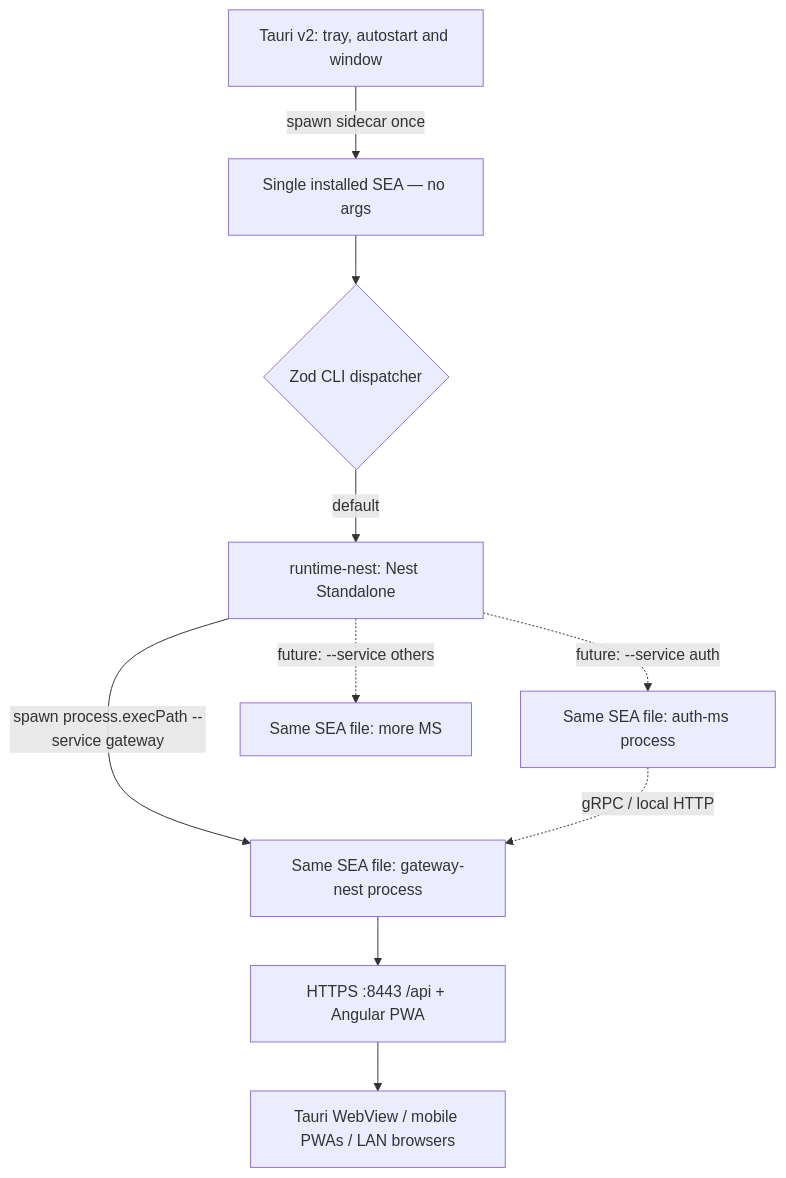
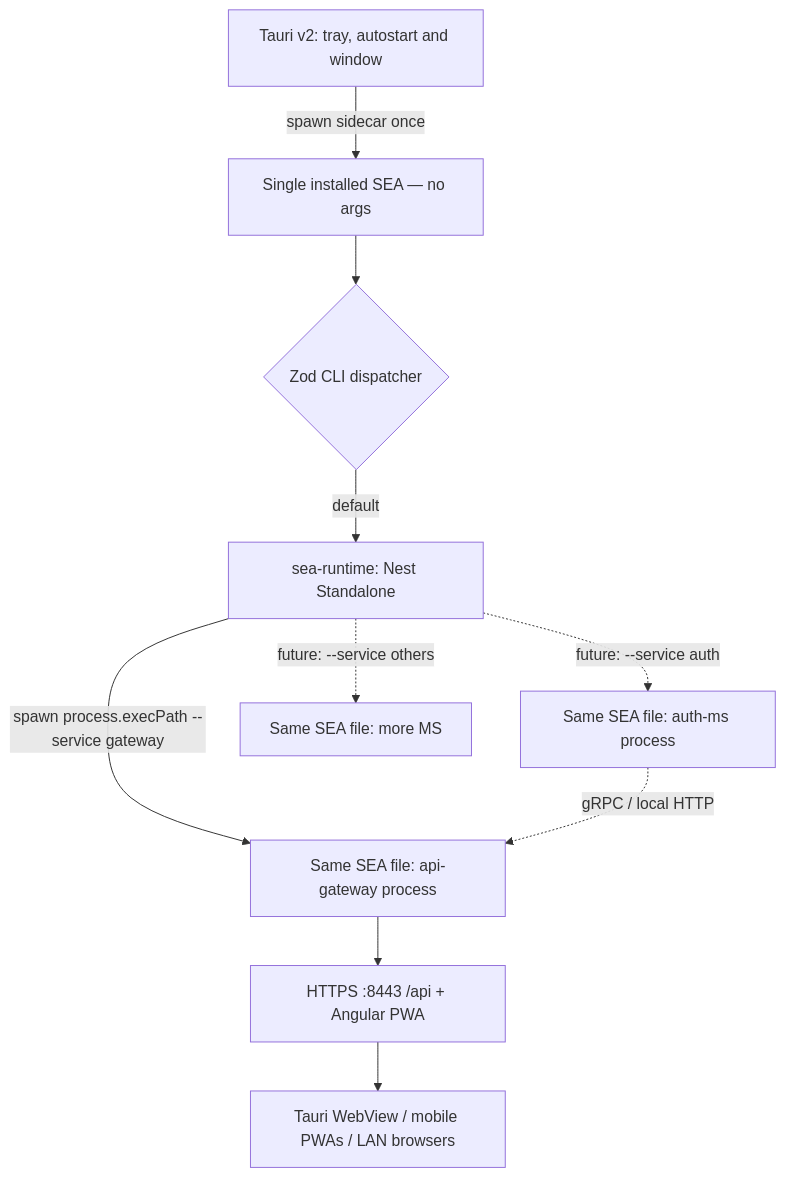
Before and after one commit to virgenherrera/lan-solution-template: the second of 4 diagrams in docs/requirements/09-desktop-tauri.md, drawn with Mermaid. The commit also changed other lines of this file and 59 other files, not shown here.

Commit message:
feat: POC-1 monorepo, Nest apps and one SEA sidecar (1a to 1c) (#4)

````diff
--- a/docs/requirements/09-desktop-tauri.md
+++ b/docs/requirements/09-desktop-tauri.md
@@ -96,12 +96,12 @@
 ```mermaid
 flowchart TB
     T["Tauri v2: tray, autostart and window"] -->|spawn sidecar once| L["Single installed SEA — no args"]
     L --> D{"Zod CLI dispatcher"}
-    D -->|default| R["runtime-nest: Nest Standalone"]
-    R -->|spawn process.execPath --service gateway| GW["Same SEA file: gateway-nest process"]
+    D -->|default| R["sea-runtime: Nest Standalone"]
+    R -->|spawn process.execPath --service gateway| GW["Same SEA file: api-gateway process"]
     R -.->|"future: --service auth"| AU["Same SEA file: auth-ms process"]
     R -.->|"future: --service others"| MS["Same SEA file: more MS"]
     GW --> W["HTTPS :8443 /api + Angular PWA"]
     AU -.->|"gRPC / local HTTP"| GW
     W --> CLIENT["Tauri WebView / mobile PWAs / LAN browsers"]
 ```
````
